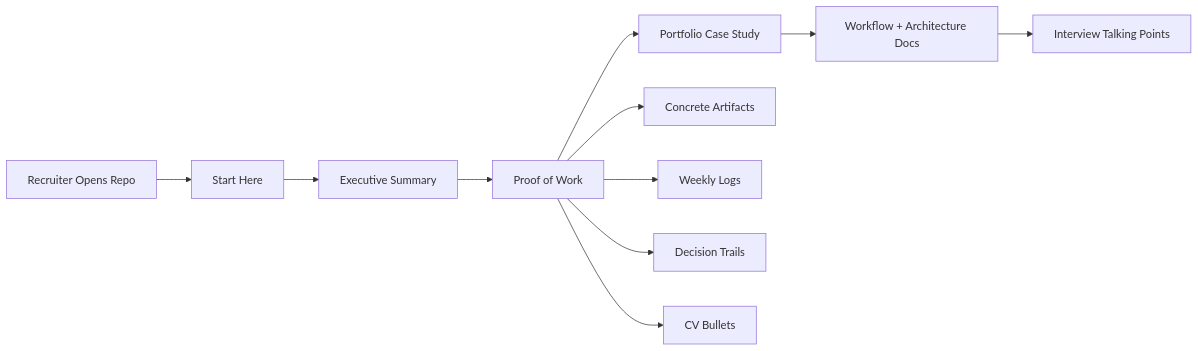
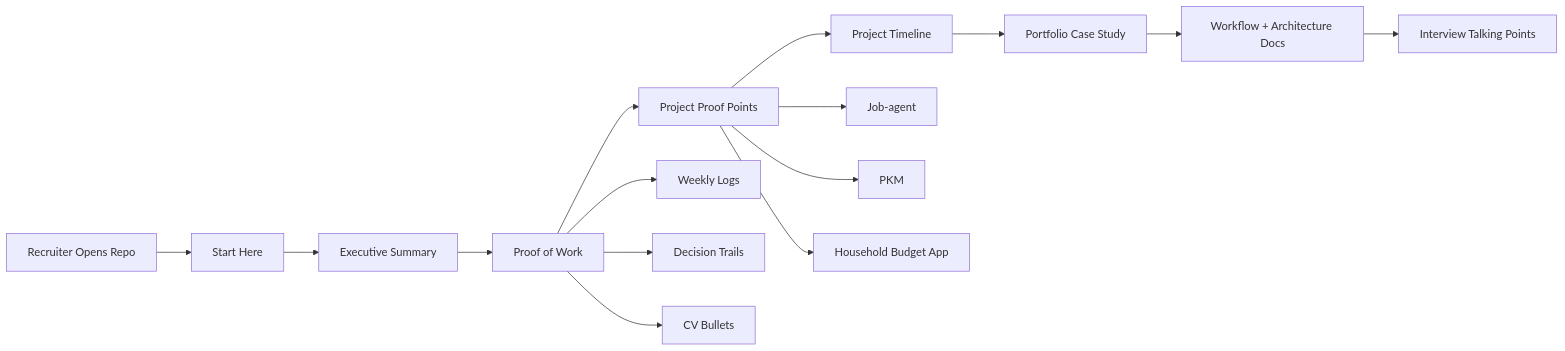
The diagram in diagrams/RECRUITER_VIEW.md (marcus-uden-dev/ai-native-proof-of-work), drawn with Mermaid before and after one commit. The commit also changed other lines of this file and 28 other files, not shown here.

Commit message:
Reposition proof-of-work around project evidence

````diff
--- a/diagrams/RECRUITER_VIEW.md
+++ b/diagrams/RECRUITER_VIEW.md
@@ -6,14 +6,18 @@
 ```mermaid
 flowchart LR
     A[Recruiter Opens Repo] --> B[Start Here]
     B --> C[Executive Summary]
     C --> D[Proof of Work]
-    D --> E[Portfolio Case Study]
-    E --> F[Workflow + Architecture Docs]
-    F --> G[Interview Talking Points]
+    D --> E[Project Proof Points]
+    E --> F[Project Timeline]
+    F --> G[Portfolio Case Study]
+    G --> H[Workflow + Architecture Docs]
+    H --> I[Interview Talking Points]
 
-    D --> D1[Concrete Artifacts]
-    D --> D2[Weekly Logs]
-    D --> D3[Decision Trails]
-    D --> D4[CV Bullets]
+    E --> E1[Job-agent]
+    E --> E2[PKM]
+    E --> E3[Household Budget App]
+    D --> D1[Weekly Logs]
+    D --> D2[Decision Trails]
+    D --> D3[CV Bullets]
 ```
````
